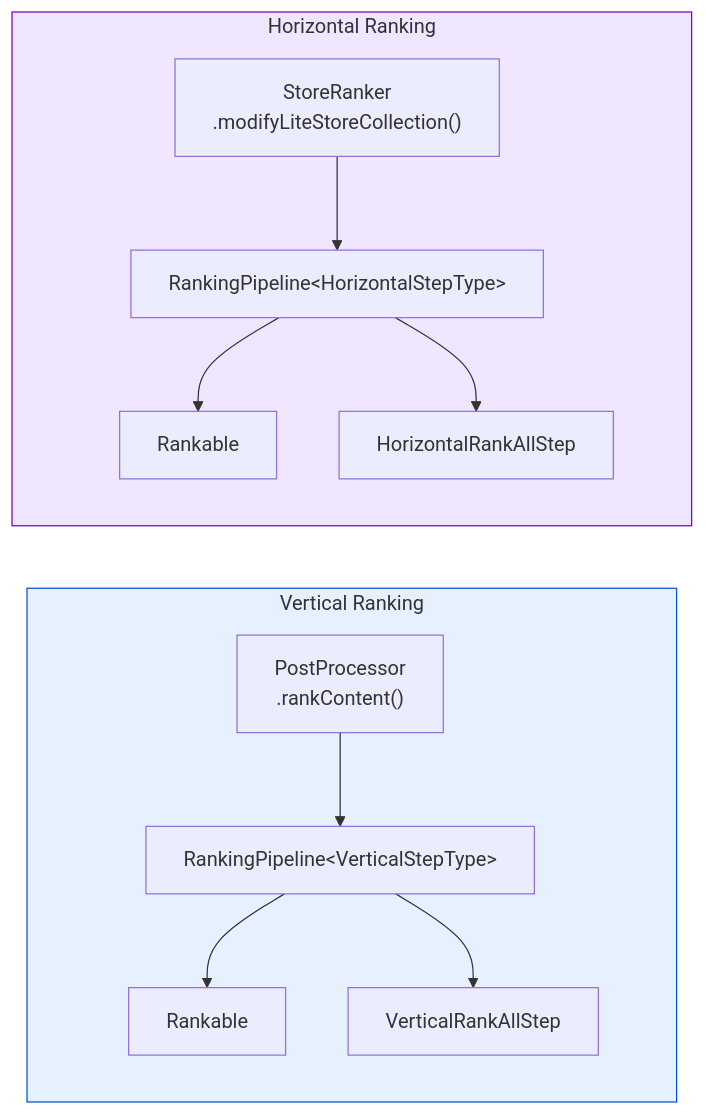
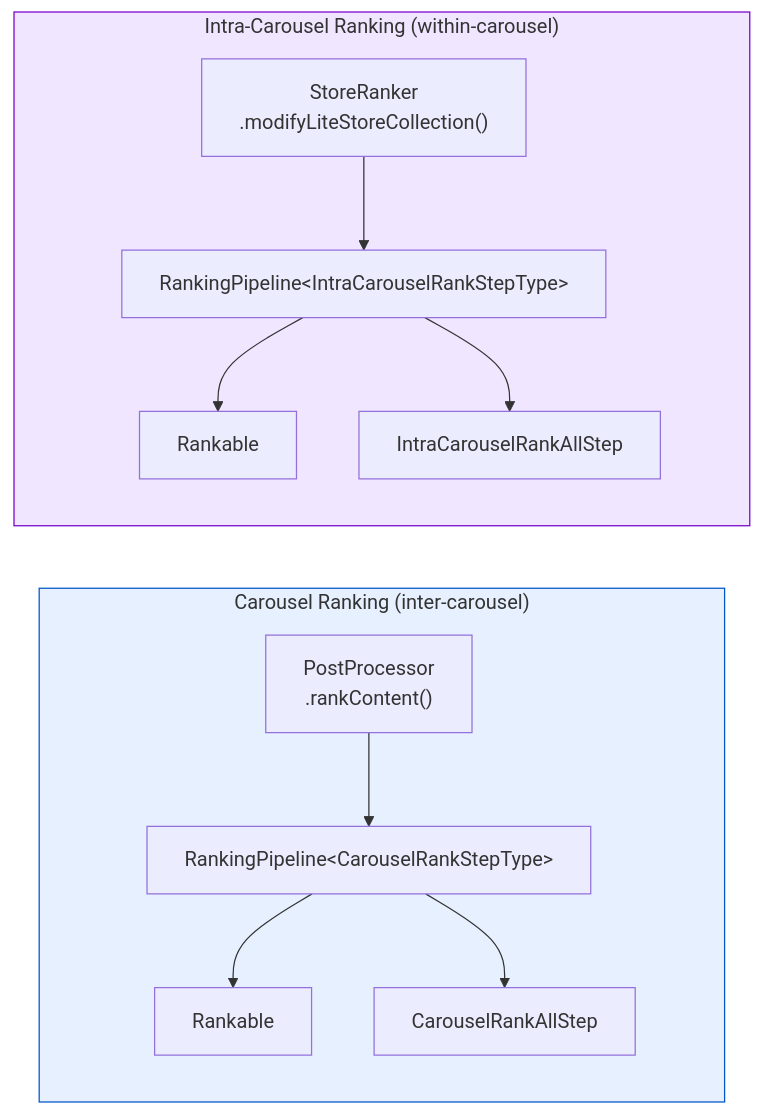
One commit to daniel-fonyo/dd-brain changed the third of 4 diagrams in unified-blending-platform/spec/rfc-abstraction-layer.md. Above: the diagram before and after it, drawn with Mermaid. The commit also changed other lines of this file and 1 other file, not shown here.

First line of the commit message:
Rename Vertical/Horizontal → CarouselRank/IntraCarouselRank

````diff
--- a/unified-blending-platform/spec/rfc-abstraction-layer.md
+++ b/unified-blending-platform/spec/rfc-abstraction-layer.md
@@ -396,31 +409,31 @@
 ```mermaid
 flowchart LR
-    subgraph vertical["Vertical Ranking"]
+    subgraph vertical["Carousel Ranking (inter-carousel)"]
         direction TB
         V_INC["PostProcessor
         .rankContent()"]
-        V_ENG["RankingPipeline&lt;VerticalStepType&gt;"]
+        V_ENG["RankingPipeline&lt;CarouselRankStepType&gt;"]
         V_IF["Rankable"]
-        V_STEP["VerticalRankAllStep"]
+        V_STEP["CarouselRankAllStep"]
 
         V_INC --> V_ENG
         V_ENG --> V_IF
         V_ENG --> V_STEP
     end
 
-    subgraph horizontal["Horizontal Ranking"]
+    subgraph intracarousel["Intra-Carousel Ranking (within-carousel)"]
         direction TB
         H_INC["StoreRanker
         .modifyLiteStoreCollection()"]
-        H_ENG["RankingPipeline&lt;HorizontalStepType&gt;"]
+        H_ENG["RankingPipeline&lt;IntraCarouselRankStepType&gt;"]
         H_IF["Rankable"]
-        H_STEP["HorizontalRankAllStep"]
+        H_STEP["IntraCarouselRankAllStep"]
 
         H_INC --> H_ENG
         H_ENG --> H_IF
         H_ENG --> H_STEP
     end
 
     style vertical fill:#e6f0ff,stroke:#0055cc
-    style horizontal fill:#f0e6ff,stroke:#7700cc
+    style intracarousel fill:#f0e6ff,stroke:#7700cc
 ```
````
